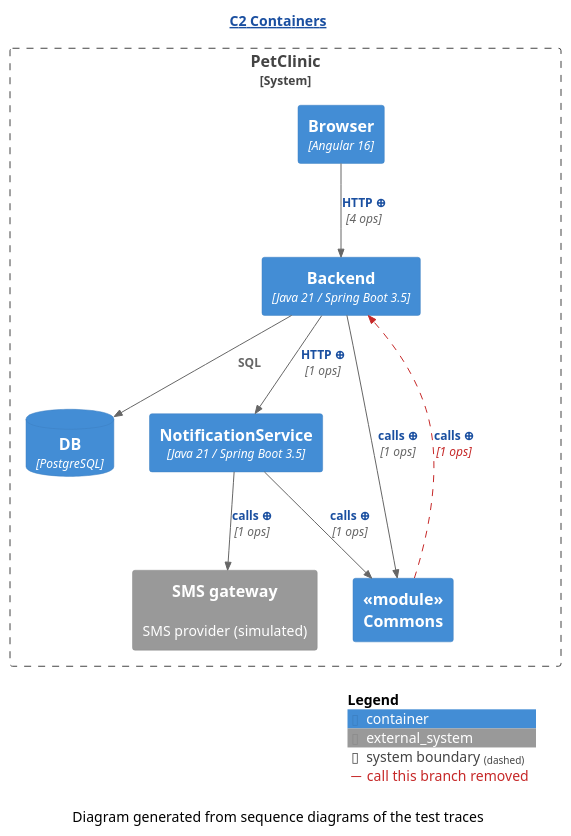
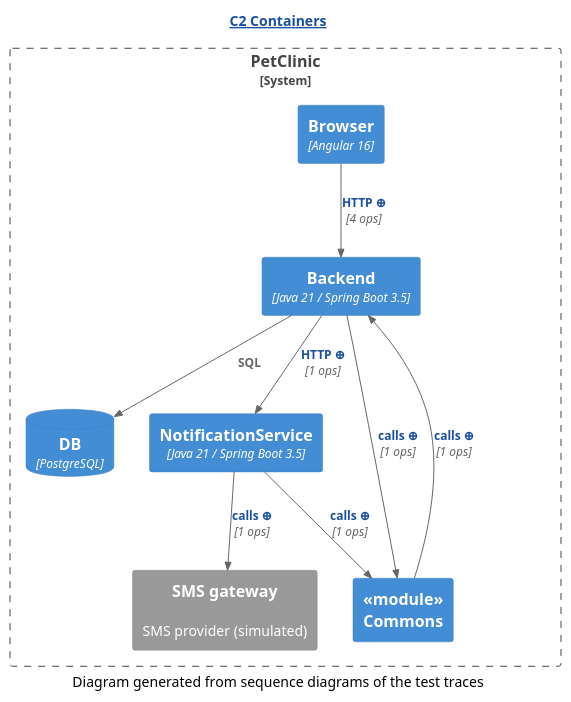
One commit to Winandvdb/human-review changed the diagram in demo/demo2/assets/c2/C2-Containers.diff.puml. Above: the diagram before and after it, drawn with PlantUML. The commit also changed 233 other files, not shown here.

```diff
--- a/demo/demo2/assets/c2/C2-Containers.diff.puml
+++ b/demo/demo2/assets/c2/C2-Containers.diff.puml
@@ -1,27 +1,24 @@
 @startuml
 ' ⚠️  GENERATED — projected from the sequence diagrams by c2-from-sequence.py.
 !include <C4/C4_Container>
 HIDE_STEREOTYPE()
 skinparam hyperlinkUnderline false
 skinparam hyperlinkColor #1A4FA0
-AddElementTag("removed", $bgColor="#C62828", $fontColor="#FFFFFF", $borderColor="#8E0000", $legendText="removed by this branch")
-AddRelTag("removed", $textColor="#C62828", $lineColor="#C62828", $lineStyle=DashedLine(), $legendText="call this branch removed")
 title [[https://c4model.com/diagrams/container{What is a C2 diagram?} C2 Containers]]
 System_Boundary(c2_system, "PetClinic") {
   Container(Backend, "Backend", "Java 21 / Spring Boot 3.5", "")
   Container(Browser, "Browser", "Angular 16", "")
   ContainerDb(DB, "DB", "PostgreSQL", "")
   Container(NotificationService, "NotificationService", "Java 21 / Spring Boot 3.5", "")
   System_Ext(SMS_gateway, "SMS gateway", "SMS provider (simulated)", "")
   Container(_module__nCommons, "«module»\nCommons", "", "")
 }
 Rel(Backend, DB, "SQL", "")
 Rel(Backend, NotificationService, "[[genseq://c2-279a196c9d{Click for the calls behind this line} HTTP ⊕]]", "1 ops")
 Rel(Backend, _module__nCommons, "[[genseq://c2-103d57f8db{Click for the calls behind this line} calls ⊕]]", "1 ops")
-Rel(Browser, Backend, "[[genseq://c2-43d2943456{Click for the calls behind this line} HTTP ⊕]]", "4 ops")
+Rel(Browser, Backend, "[[genseq://c2-32de166756{Click for the calls behind this line} HTTP ⊕]]", "4 ops")
 Rel(NotificationService, SMS_gateway, "[[genseq://c2-cb01a30b7a{Click for the calls behind this line} calls ⊕]]", "1 ops")
 Rel(NotificationService, _module__nCommons, "[[genseq://c2-e128eb6ba0{Click for the calls behind this line} calls ⊕]]", "1 ops")
-Rel(_module__nCommons, Backend, "[[genseq://c2-cd32149db2{Click for the calls behind this line} calls ⊕]]", "1 ops", $tags="removed")
-SHOW_LEGEND(true)
+Rel(_module__nCommons, Backend, "[[genseq://c2-cd32149db2{Click for the calls behind this line} calls ⊕]]", "1 ops")
 caption Diagram generated from sequence diagrams of the test traces
 @enduml
```
